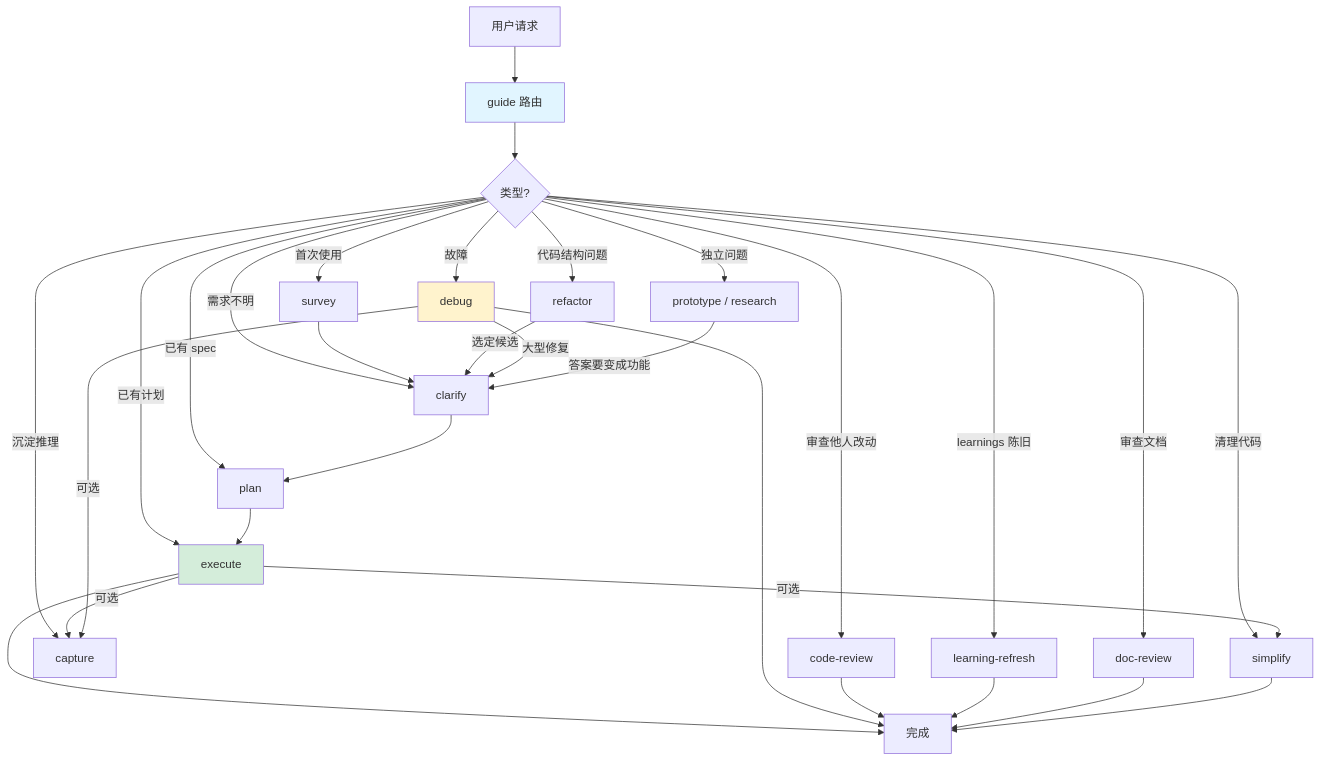
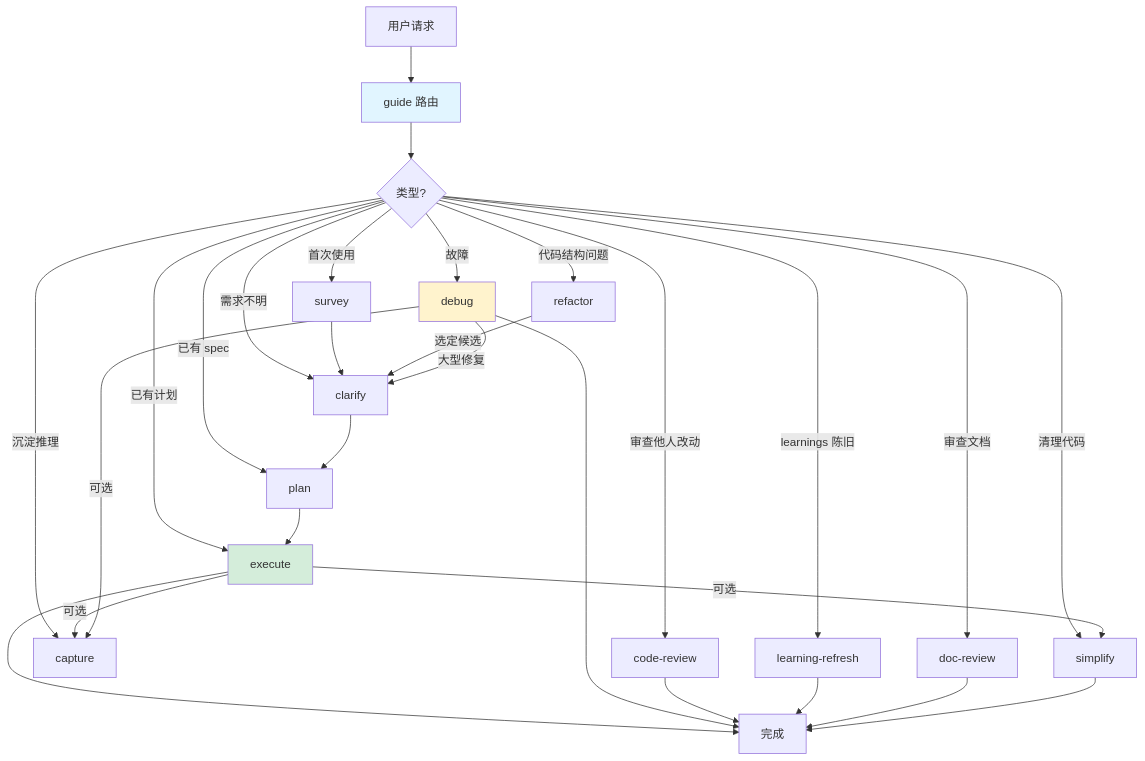
Before and after one commit to iron6909/coding-skills: the diagram in README.md, drawn with Mermaid. The commit also changed other lines of this file and 14 other files, not shown here.

First line of the commit message:
refactor(skills): merge research and prototype into clarify

````diff
--- a/README.md
+++ b/README.md
@@ -27,37 +27,35 @@
 ```mermaid
 graph TD
     A[用户请求] --> B[guide 路由]
     B --> C{类型?}
     C -->|首次使用| D[survey]
     C -->|需求不明| E[clarify]
     C -->|已有 spec| F[plan]
     C -->|已有计划| G[execute]
     C -->|故障| H[debug]
     C -->|审查他人改动| I[code-review]
-    C -->|独立问题| L[prototype / research]
     C -->|代码结构问题| M[refactor]
     C -->|沉淀推理| N[capture]
     C -->|learnings 陈旧| O[learning-refresh]
     C -->|审查文档| P[doc-review]
     C -->|清理代码| Q[simplify]
 
     D --> E
     E --> F
     F --> G
     G --> J[完成]
     H --> J
     I --> J
     M -->|选定候选| E
     H -->|大型修复| E
-    L -->|答案要变成功能| E
     G -->|可选| N
     H -->|可选| N
     G -->|可选| Q
     O --> J
     P --> J
     Q --> J
 
     style B fill:#e1f5ff
     style G fill:#d4edda
     style H fill:#fff3cd
 ```
````
